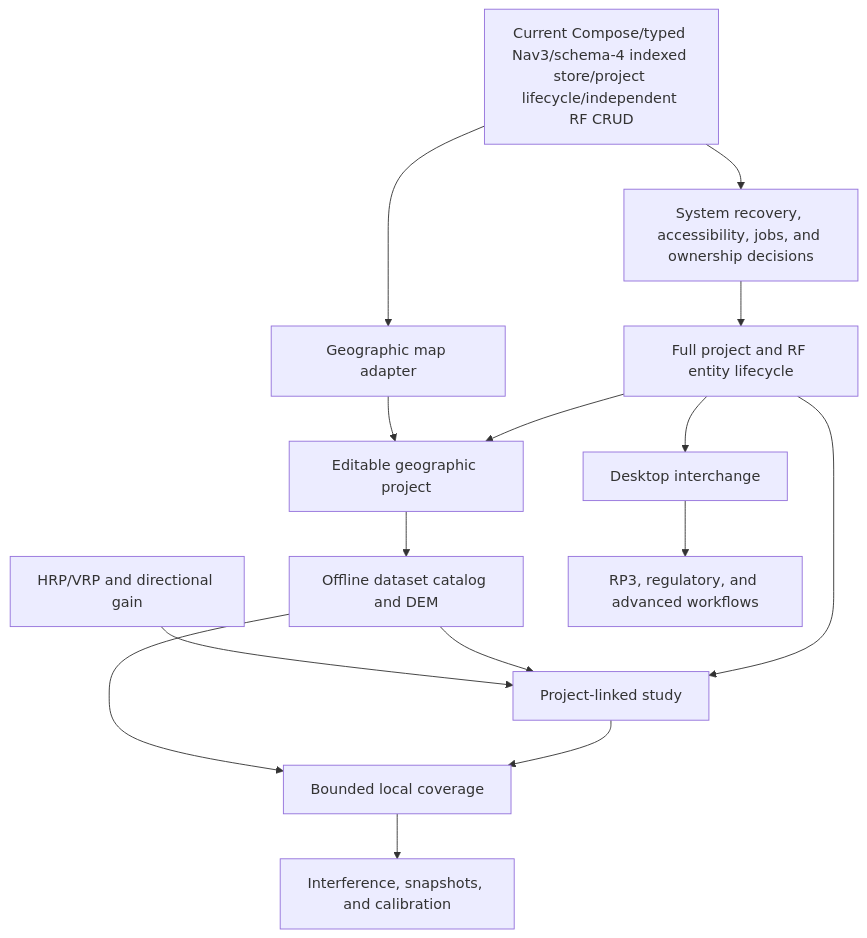
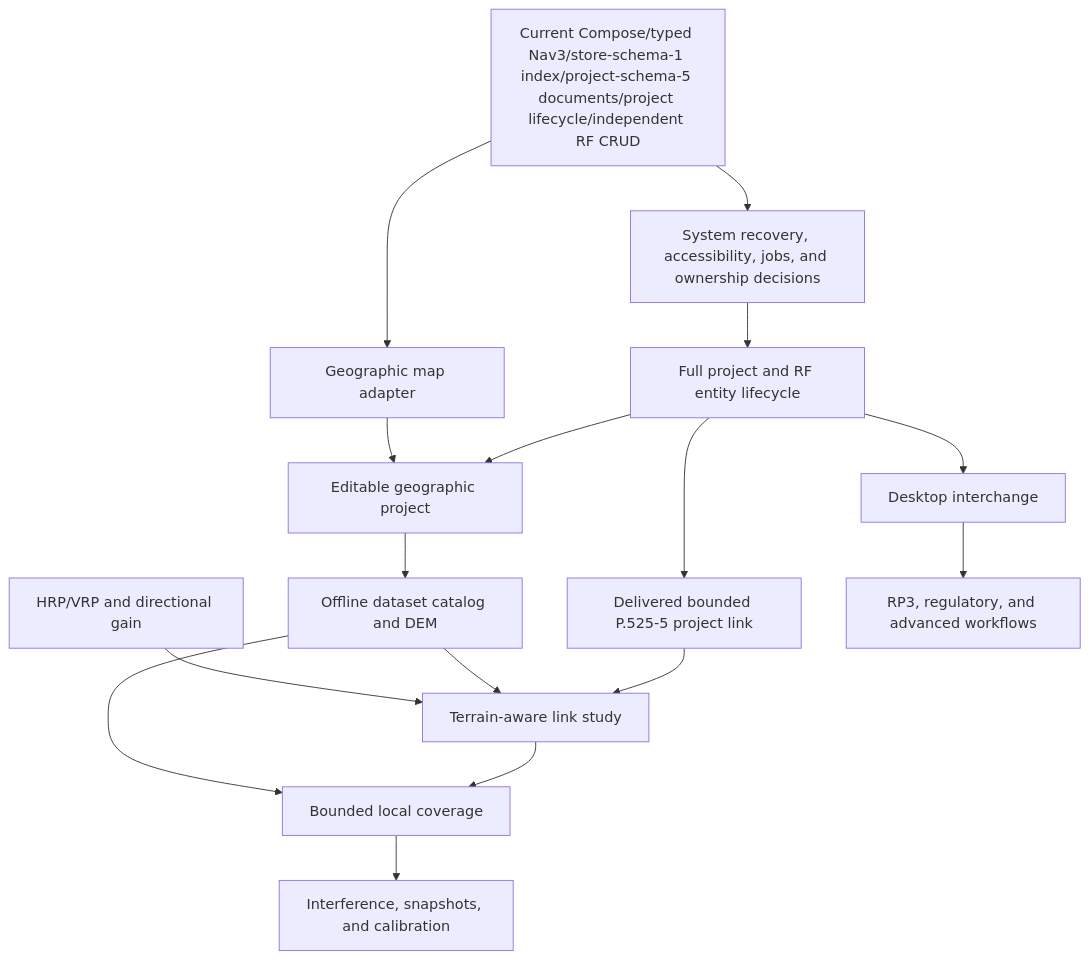
Before and after one commit to Gecesars/ATX_PLA_APK: the diagram in docs/APPLICATION_MAP.md, drawn with Mermaid. The commit also changed other lines of this file and 30 other files, not shown here.

Commit message:
feat: add durable project-linked P.525 studies

````diff
--- a/docs/APPLICATION_MAP.md
+++ b/docs/APPLICATION_MAP.md
@@ -243,17 +246,18 @@
 ```mermaid
 flowchart TD
-    CURRENT[Current Compose/typed Nav3/schema-4 indexed store/project lifecycle/independent RF CRUD] --> HARDEN[System recovery, accessibility, jobs, and ownership decisions]
+    CURRENT[Current Compose/typed Nav3/store-schema-1 index/project-schema-5 documents/project lifecycle/independent RF CRUD] --> HARDEN[System recovery, accessibility, jobs, and ownership decisions]
     HARDEN --> PROJECT[Full project and RF entity lifecycle]
     CURRENT --> MAPSPIKE[Geographic map adapter]
     PROJECT --> MAP[Editable geographic project]
     MAPSPIKE --> MAP
     MAP --> DATA[Offline dataset catalog and DEM]
-    PROJECT --> LINK[Project-linked study]
+    PROJECT --> BASELINK[Delivered bounded P.525-5 project link]
+    BASELINK --> LINK[Terrain-aware link study]
     DATA --> LINK
     ANTENNA[HRP/VRP and directional gain] --> LINK
     LINK --> COVERAGE[Bounded local coverage]
     DATA --> COVERAGE
     COVERAGE --> NETWORK[Interference, snapshots, and calibration]
     PROJECT --> INTEROP[Desktop interchange]
     INTEROP --> ADVANCED[RP3, regulatory, and advanced workflows]
 ```
````
